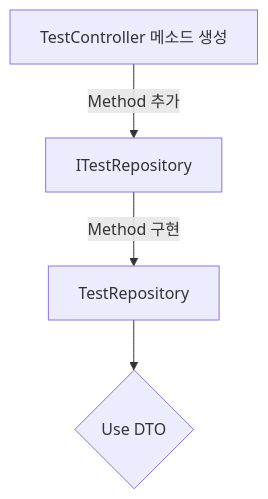
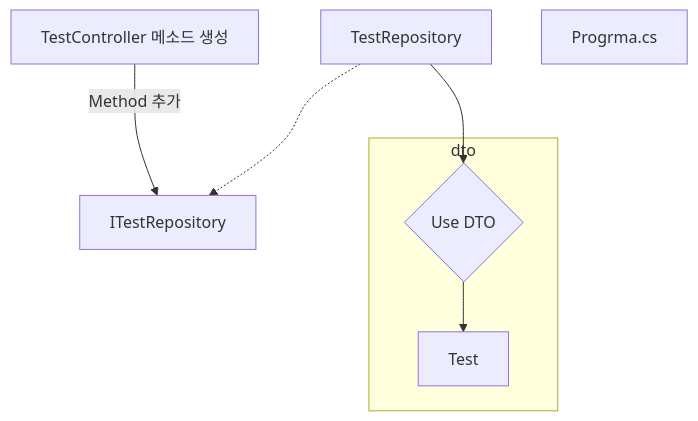
The diagram in README.md (krdn/Krdn.TUT.VSCode.WebApi), drawn with Mermaid before and after one commit. The commit also changed 7 other files, not shown here.

````diff
--- a/README.md
+++ b/README.md
@@ -119,10 +119,15 @@
 ```mermaid
 
 flowchart TD
     A[TestController 메소드 생성] -- Method 추가 --> B1[ITestRepository]
-    B1 -- Method 구현-->  B2[TestRepository]
+
+    B2[TestRepository] -.-> B1
+
+    Progrma.cs
+
     B2 --> C{Use DTO}
-
-
+    subgraph dto
+    C --> D[Test]
+    end
 
 ```
````
